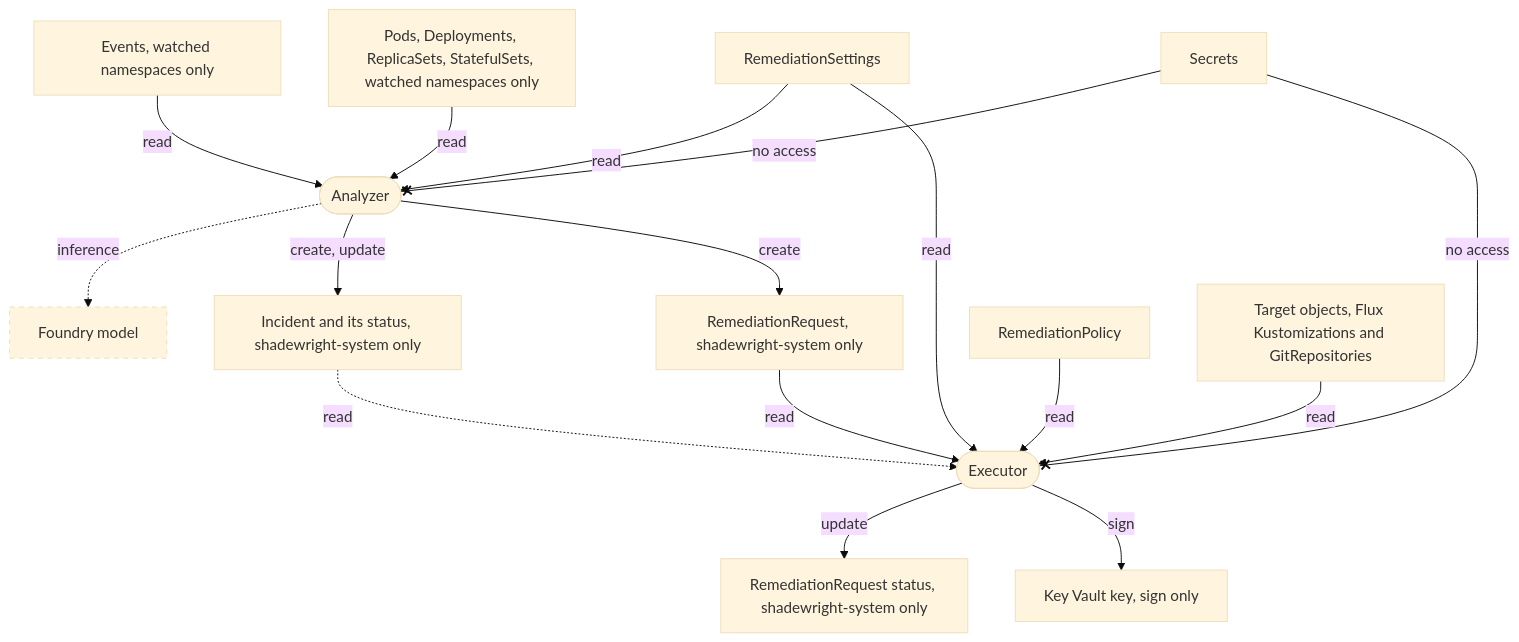
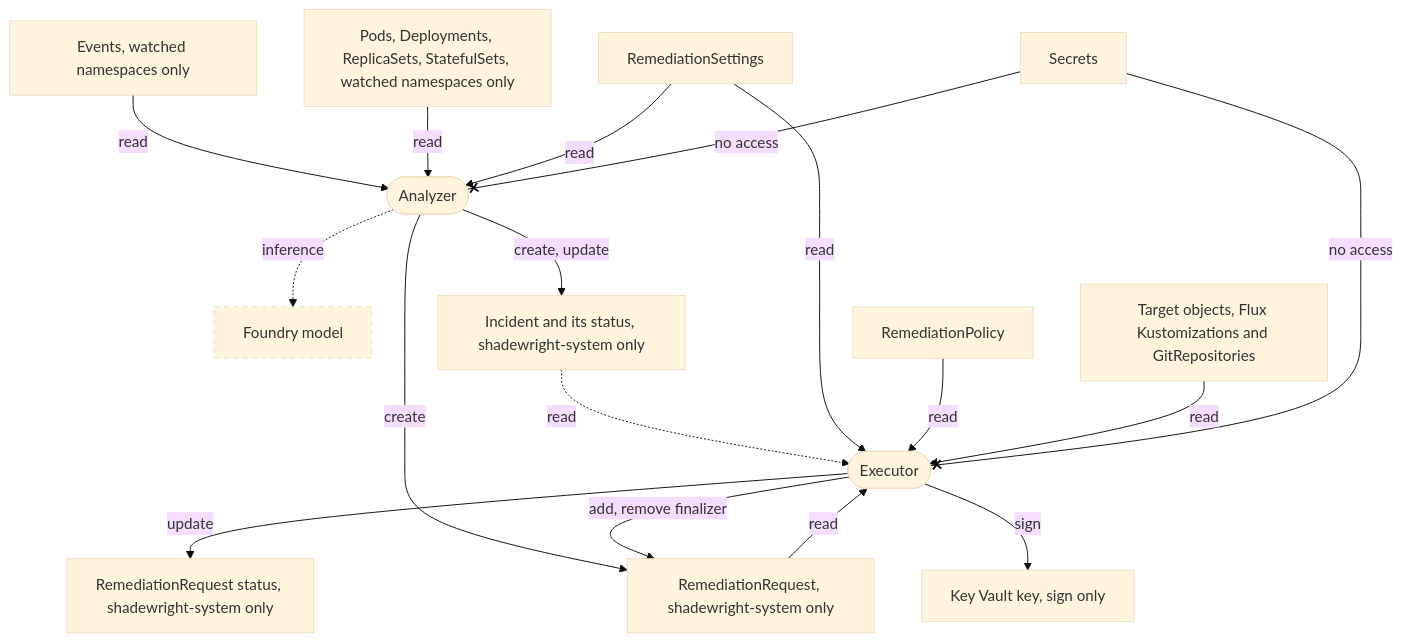
One commit to pkalin/shadewright changed the fifth of 5 diagrams in docs/design.md. Above: the diagram before and after it, drawn with Mermaid (base theme). The commit also changed other lines of this file and 12 other files, not shown here.

````diff
--- a/docs/design.md
+++ b/docs/design.md
@@ -550,33 +560,34 @@
 ```mermaid
 flowchart TB
     ev["Events, watched namespaces only"]
     wl["Pods, Deployments, ReplicaSets, StatefulSets, watched namespaces only"]
     an([Analyzer])
     fm[Foundry model]
     inc["Incident and its status, shadewright-system only"]
     rr["RemediationRequest, shadewright-system only"]
     set[RemediationSettings]
     pol[RemediationPolicy]
     tgt[Target objects, Flux Kustomizations and GitRepositories]
     ex([Executor])
     rrs["RemediationRequest status, shadewright-system only"]
     kv[Key Vault key, sign only]
     sec[Secrets]
     ev -- read --> an
     wl -- read --> an
     set -- read --> an
     an -. inference .-> fm
     an -- create, update --> inc
     an -- create --> rr
     inc -. read .-> ex
     rr -- read --> ex
     set -- read --> ex
     pol -- read --> ex
     tgt -- read --> ex
     ex -- update --> rrs
+    ex -- add, remove finalizer --> rr
     ex -- sign --> kv
     sec -- no access --x an
     sec -- no access --x ex
     classDef planned stroke-dasharray: 5 5
     class fm planned
 ```
````
